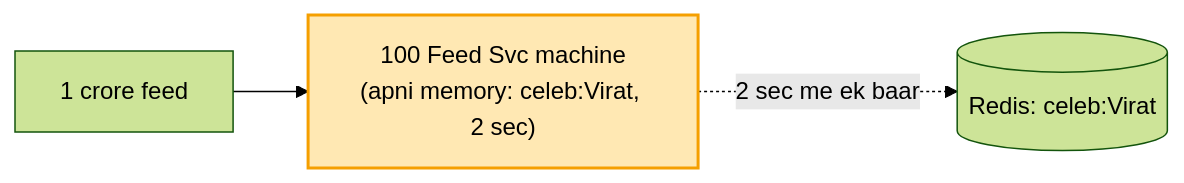
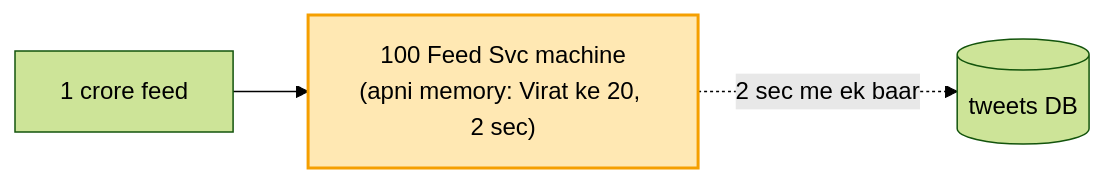
One commit to ArpanMaheshwari144/Prep changed the fifth of 5 diagrams in 04_HLD/SYSTEM_DESIGNS/03_twitter_feed/twitter_naya.md. Above: the diagram before and after it, drawn with Mermaid (forest theme). The commit also changed other lines of this file, not shown here.

Commit message:
twitter: kadam 4-5 sahi (celeb tweet DB se padhte waqt, viral pe local cache; Redis sirf inbox) - Arpan ne pakda

````diff
--- a/04_HLD/SYSTEM_DESIGNS/03_twitter_feed/twitter_naya.md
+++ b/04_HLD/SYSTEM_DESIGNS/03_twitter_feed/twitter_naya.md
@@ -185,6 +183,6 @@
 ```mermaid
 flowchart LR
-    U["1 crore feed"] --> F["100 Feed Svc machine<br/>(apni memory: celeb:Virat, 2 sec)"]
-    F -. "2 sec me ek baar" .-> CL[("Redis: celeb:Virat")]
+    U["1 crore feed"] --> F["100 Feed Svc machine<br/>(apni memory: Virat ke 20, 2 sec)"]
+    F -. "2 sec me ek baar" .-> T[("tweets DB")]
     style F fill:#ffe8b3,stroke:#f59f00,stroke-width:2px,color:#000
 ```
````
